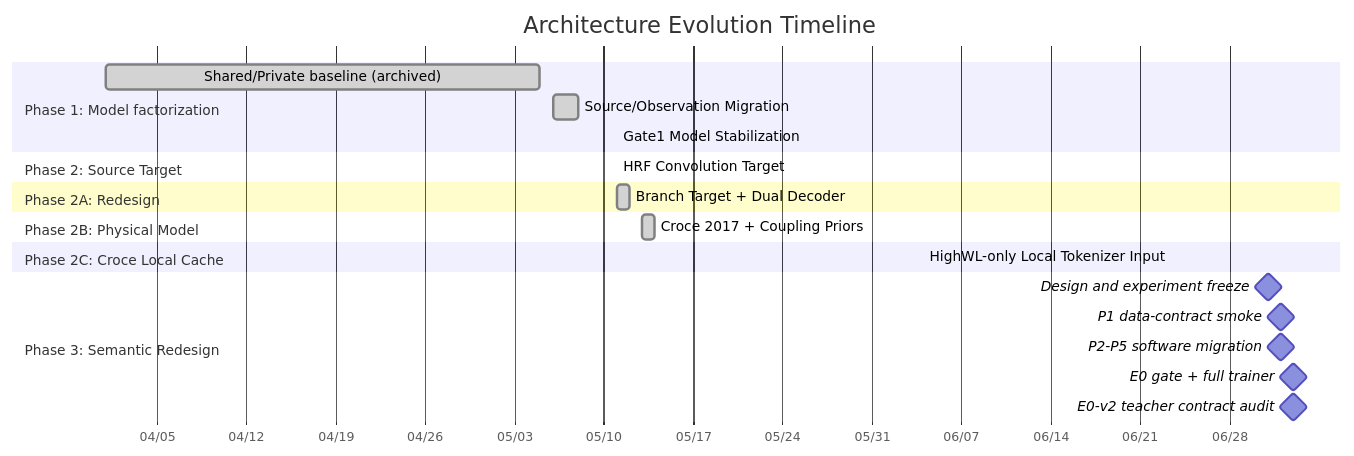
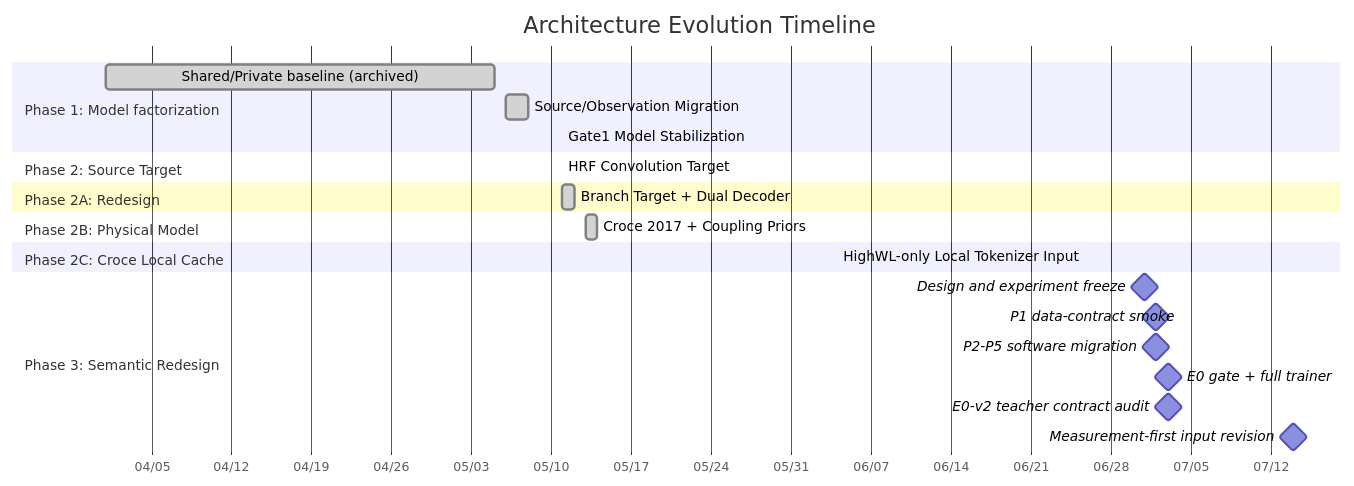
Before and after one commit to Kevin65536/PID-MCM: the diagram in docs/architecture_changelog/INDEX.md, drawn with Mermaid. The commit also changed other lines of this file and 19 other files, not shown here.

````diff
--- a/docs/architecture_changelog/INDEX.md
+++ b/docs/architecture_changelog/INDEX.md
@@ -18,26 +18,27 @@
 ```mermaid
 gantt
     accTitle: Architecture evolution timeline
     accDescr: The source observation lineage is complete through the Croce local runtime, followed by a planned physiology semantic tokenizer redesign.
     title Architecture Evolution Timeline
     dateFormat  YYYY-MM-DD
     axisFormat  %m/%d
     section Phase 1: Model factorization
         Shared/Private baseline (archived) :done, 2026-04-01, 2026-05-05
         Source/Observation Migration      :done, 2026-05-06, 2026-05-08
         Gate1 Model Stabilization         :done, 2026-05-11, 2026-05-11
     section Phase 2: Source Target
         HRF Convolution Target            :done, 2026-05-11, 2026-05-11
     section Phase 2A: Redesign
         Branch Target + Dual Decoder      :done, 2026-05-11, 2026-05-12
     section Phase 2B: Physical Model
         Croce 2017 + Coupling Priors      :done, 2026-05-13, 2026-05-14
     section Phase 2C: Croce Local Cache
         HighWL-only Local Tokenizer Input :done, 2026-06-04, 2026-06-04
     section Phase 3: Semantic Redesign
         Design and experiment freeze      :milestone, 2026-07-01, 0d
         P1 data-contract smoke            :milestone, 2026-07-02, 0d
         P2-P5 software migration          :milestone, 2026-07-02, 0d
         E0 gate + full trainer             :milestone, 2026-07-03, 0d
         E0-v2 teacher contract audit       :milestone, 2026-07-03, 0d
+        Measurement-first input revision   :milestone, 2026-07-14, 0d
 ```
````
